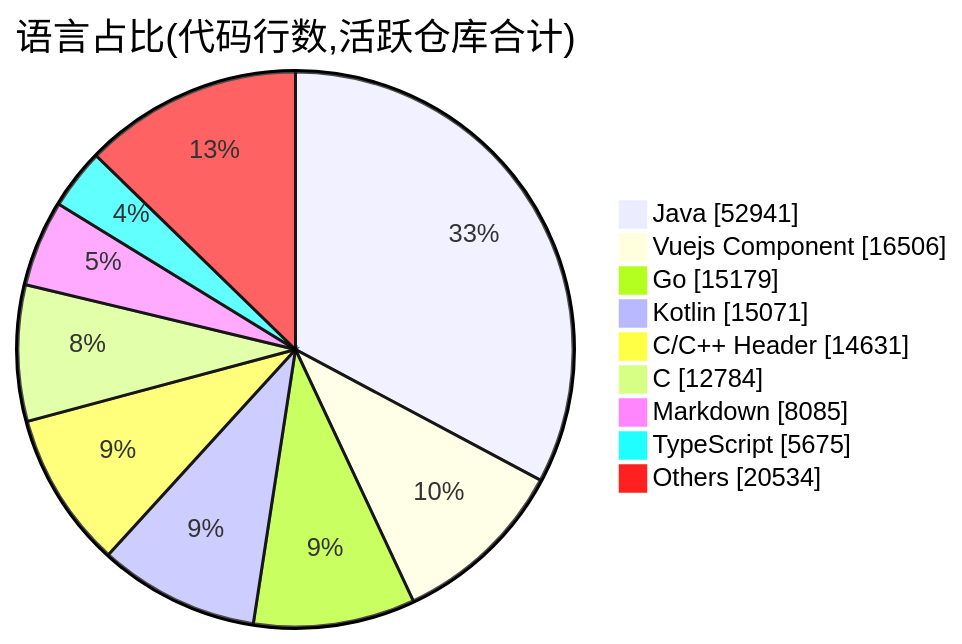
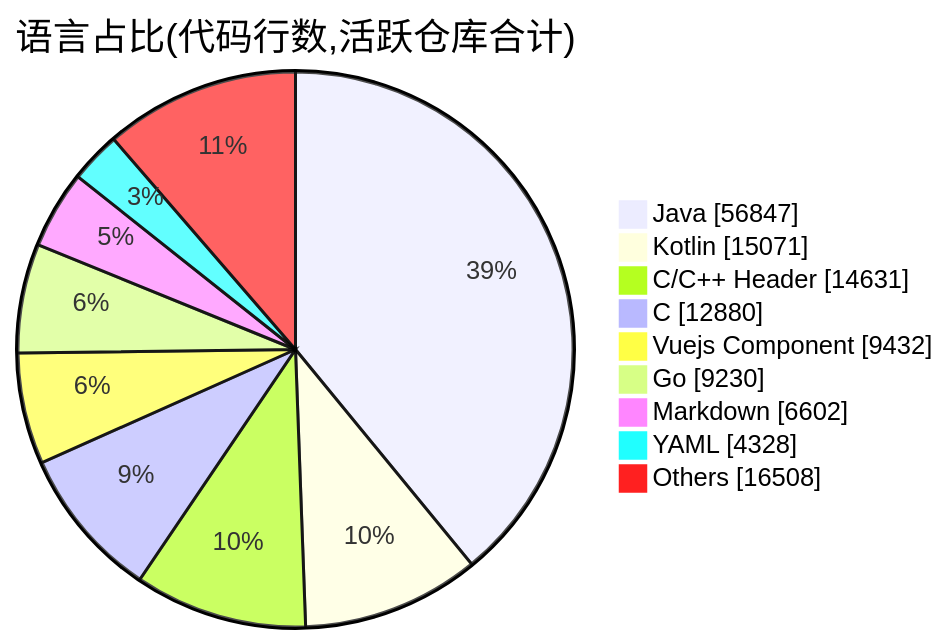
Before and after one commit to Conflux-Union/.github: the second of 2 diagrams in profile/README.md, drawn with Mermaid. The commit also changed other lines of this file and 1 other file, not shown here.

````diff
--- a/profile/README.md
+++ b/profile/README.md
@@ -74,13 +74,13 @@
 ```mermaid
 pie showData
     title 语言占比(代码行数,活跃仓库合计)
-    "Java" : 52941
-    "Vuejs Component" : 16506
-    "Go" : 15179
+    "Java" : 56847
     "Kotlin" : 15071
     "C/C++ Header" : 14631
-    "C" : 12784
-    "Markdown" : 8085
-    "TypeScript" : 5675
-    "Others" : 20534
+    "C" : 12880
+    "Vuejs Component" : 9432
+    "Go" : 9230
+    "Markdown" : 6602
+    "YAML" : 4328
+    "Others" : 16508
 ```
````
